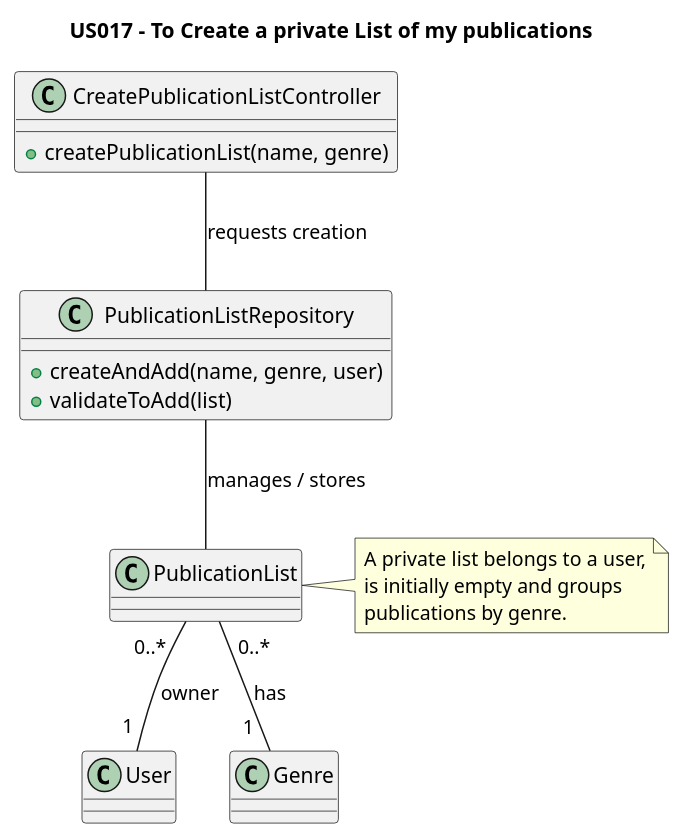
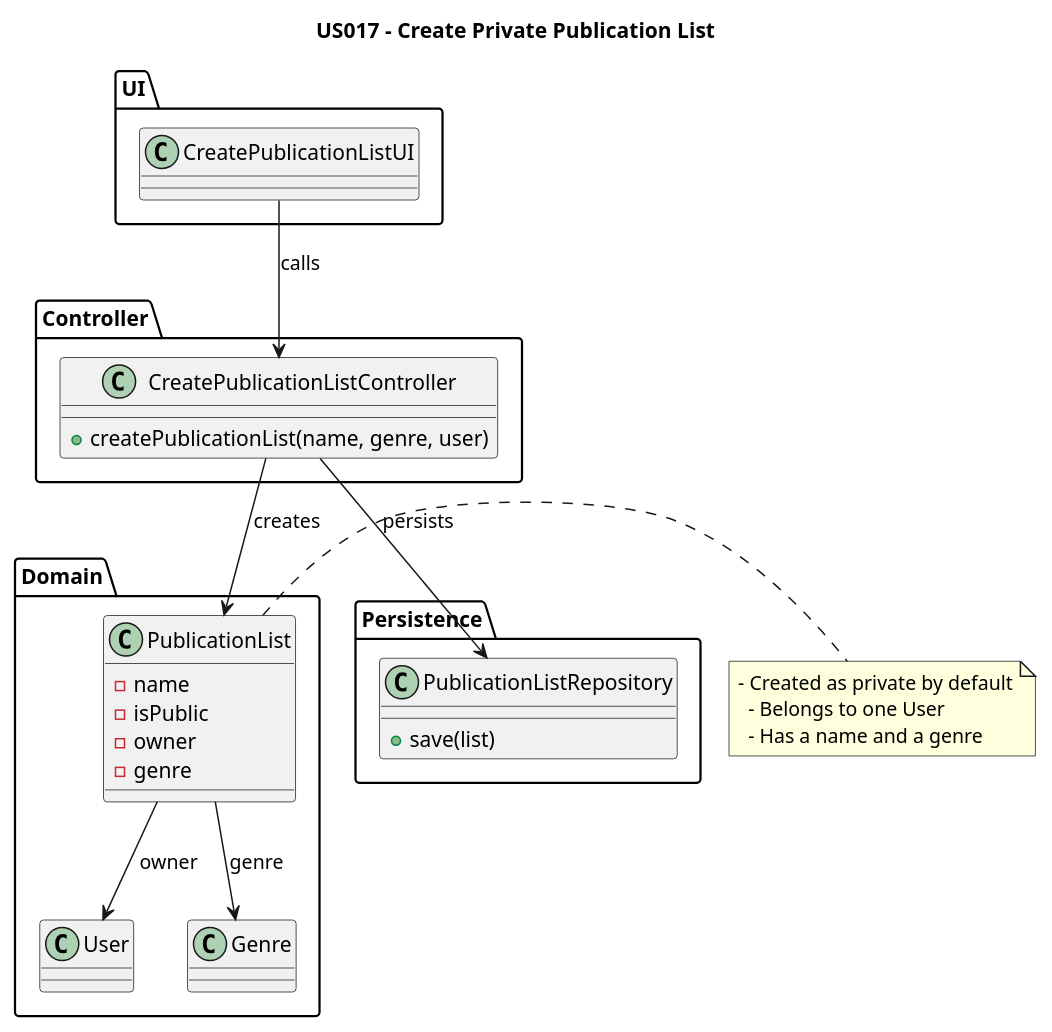
One commit to AndrePereiraGitH/SWitCH-Project-Team_A changed the diagram in Diagrams/ClassDiagrams/US017-to-create-private-publication-list.puml. Above: the diagram before and after it, drawn with PlantUML. The commit also changed 6 other files, not shown here.

Commit message:
#88 #89 and #92 #94: add SSD (N1), sequence (N2) and class diagrams

```diff
--- a/Diagrams/ClassDiagrams/US017-to-create-private-publication-list.puml
+++ b/Diagrams/ClassDiagrams/US017-to-create-private-publication-list.puml
@@ -1,32 +1,45 @@
 @startuml
-title US017 - To Create a private List of my publications
+title US017 - Create Private Publication List
 
-class CreatePublicationListController {
-  + createPublicationList(name, genre)
+package "UI" {
+  class CreatePublicationListUI
 }
 
-class PublicationListRepository {
-  + createAndAdd(name, genre, user)
-  + validateToAdd(list)
+package "Controller" {
+  class CreatePublicationListController {
+    +createPublicationList(name, genre, user)
+  }
 }
 
-class PublicationList {
+package "Domain" {
+  class PublicationList {
+    -name
+    -isPublic
+    -owner
+    -genre
+  }
+
+    class User
+    class Genre
+  }
+
+package "Persistence" {
+  class PublicationListRepository {
+    +save(list)
+  }
 }
 
-class User
-class Genre
+CreatePublicationListUI --> CreatePublicationListController : calls
+CreatePublicationListController --> PublicationList : creates
+CreatePublicationListController --> PublicationListRepository : persists
 
-CreatePublicationListController -- PublicationListRepository : requests creation
-PublicationListRepository -- PublicationList : manages / stores
-PublicationList "0..*  " -- "1 " User : owner
-PublicationList "  0..*" -- "1  " Genre : has
+PublicationList --> User : owner
+PublicationList --> Genre : genre
 
 note right of PublicationList
-  A private list belongs to a user,
-  is initially empty and groups
-  publications by genre.
+  - Created as private by default
+    - Belongs to one User
+    - Has a name and a genre
 end note
 
-
-
 @enduml
```
